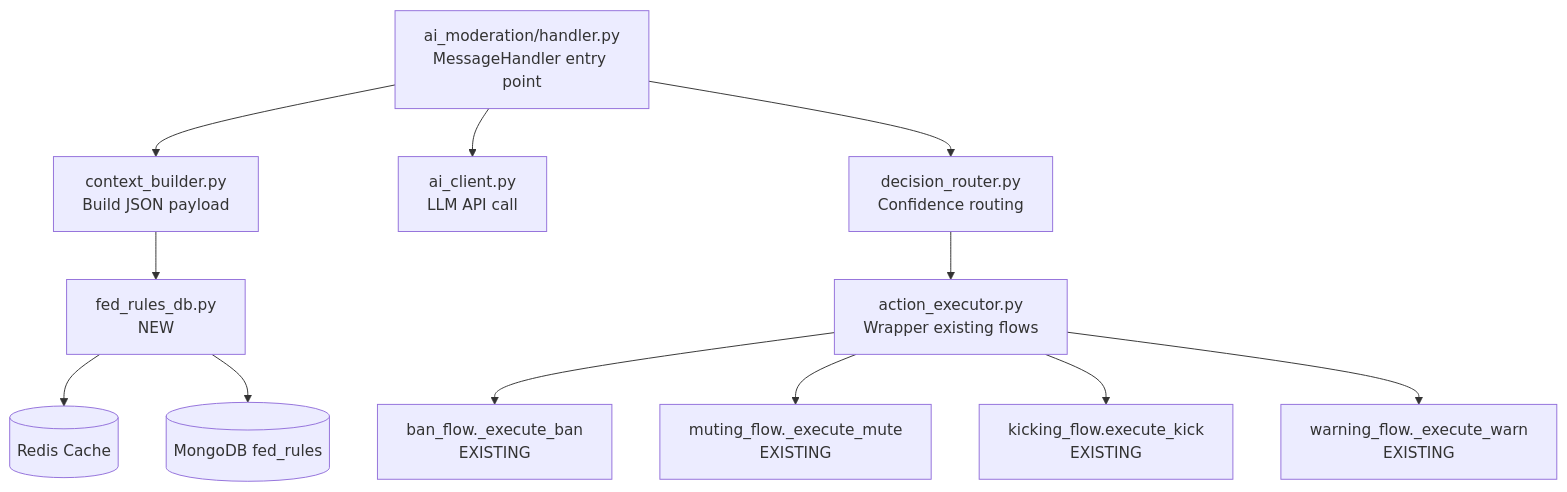
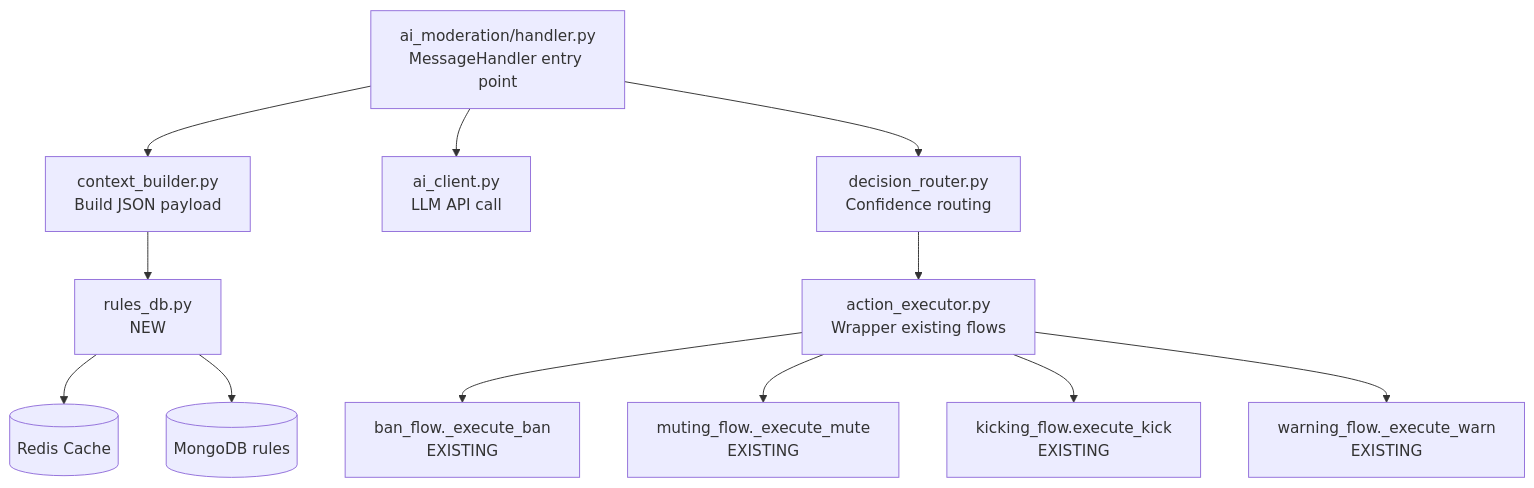
Before and after one commit to D1ZZY4/tcbot: diagram 14 of 15 in PRD.md, drawn with Mermaid. The commit also changed other lines of this file, not shown here.

````diff
--- a/PRD.md
+++ b/PRD.md
@@ -1123,15 +1123,15 @@
 ```mermaid
 flowchart TD
     HANDLER[ai_moderation/handler.py\nMessageHandler entry point]
     HANDLER --> CB[context_builder.py\nBuild JSON payload]
     HANDLER --> AIC[ai_client.py\nLLM API call]
     HANDLER --> DR[decision_router.py\nConfidence routing]
     DR --> AE[action_executor.py\nWrapper existing flows]
     AE --> BF[ban_flow._execute_ban\nEXISTING]
     AE --> MF[muting_flow._execute_mute\nEXISTING]
     AE --> KF[kicking_flow.execute_kick\nEXISTING]
     AE --> WF[warning_flow._execute_warn\nEXISTING]
-    CB --> FRD[fed_rules_db.py\nNEW]
+    CB --> FRD[rules_db.py\nNEW]
     FRD --> REDIS[(Redis Cache)]
-    FRD --> MONGO[(MongoDB fed_rules)]
+    FRD --> MONGO[(MongoDB rules)]
 ```
````
